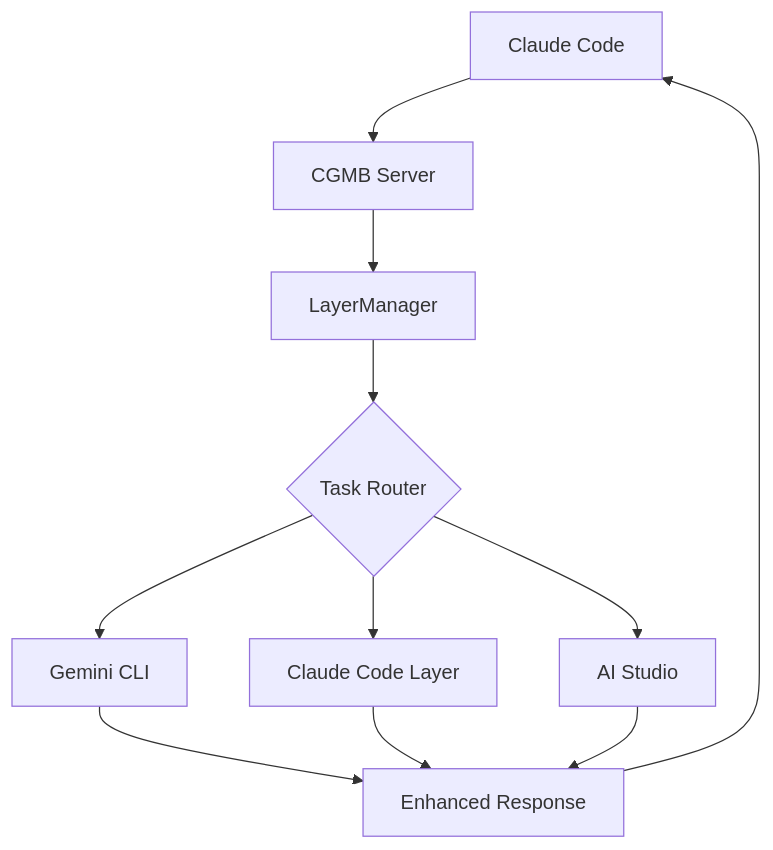
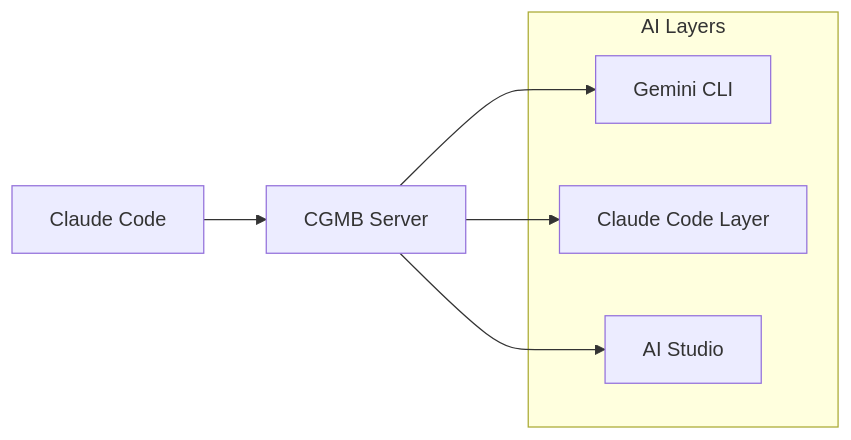
The diagram in README.md (goodaymmm/claude-gemini-multimodal-bridge), drawn with Mermaid before and after one commit.

Commit message:
🔄 revert: Back to horizontal layout with simplified endpoints
- Revert to horizontal flowchart (LR) layout
- Remove Enhanced Response and loop-back connections
- Keep clean flow ending at AI layers
- Maintain AI Layers grouping for visual clarity

🤖 Generated with [Claude Code](https://claude.ai/code)

````diff
--- a/README.md
+++ b/README.md
@@ -36,16 +36,14 @@
 ```mermaid
-flowchart TD
+flowchart LR
     A[Claude Code] --> B[CGMB Server]
-    B --> C[LayerManager]
-    C --> D{Task Router}
     
-    D --> E[Gemini CLI]
-    D --> F[Claude Code Layer]
-    D --> G[AI Studio]
+    B --> C[Gemini CLI]
+    B --> D[Claude Code Layer]
+    B --> E[AI Studio]
     
-    E --> H[Enhanced Response]
-    F --> H
-    G --> H
-    
-    H --> A
+    subgraph layers [" AI Layers "]
+        C
+        D  
+        E
+    end
 ```
````
